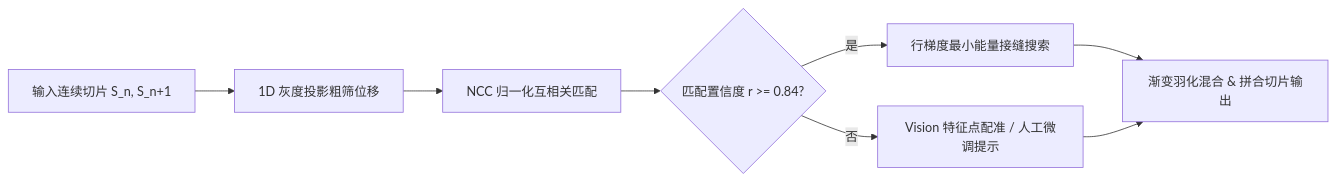
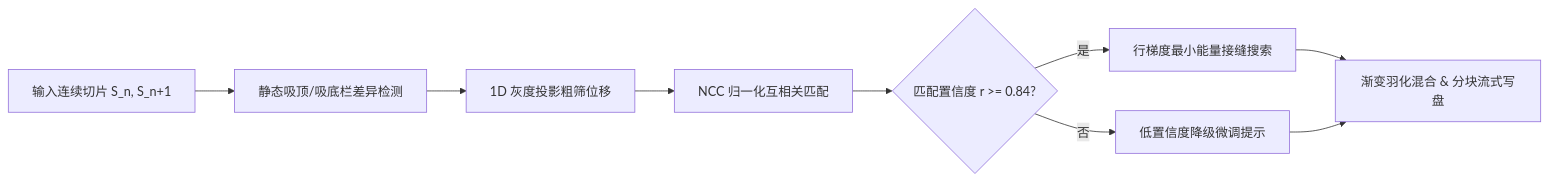
One commit to 939243423/ScrollSnap changed the diagram in docs/STITCHING_ENGINE_SPEC.md. Above: the diagram before and after it, drawn with Mermaid. The commit also changed other lines of this file and 10 other files, not shown here.

````diff
--- a/docs/STITCHING_ENGINE_SPEC.md
+++ b/docs/STITCHING_ENGINE_SPEC.md
@@ -11,10 +11,11 @@
 ```mermaid
 flowchart LR
-    A[输入连续切片 S_n, S_n+1] --> B[1D 灰度投影粗筛位移]
-    B --> C[NCC 归一化互相关匹配]
-    C --> D{匹配置信度 r >= 0.84?}
-    D -- 是 --> E[行梯度最小能量接缝搜索]
-    D -- 否 --> F[Vision 特征点配准 / 人工微调提示]
-    E --> G[渐变羽化混合 & 拼合切片输出]
-    F --> G
+    A[输入连续切片 S_n, S_n+1] --> B[静态吸顶/吸底栏差异检测]
+    B --> C[1D 灰度投影粗筛位移]
+    C --> D[NCC 归一化互相关匹配]
+    D --> E{匹配置信度 r >= 0.84?}
+    E -- 是 --> F[行梯度最小能量接缝搜索]
+    E -- 否 --> G[低置信度降级微调提示]
+    F --> H[渐变羽化混合 & 分块流式写盘]
+    G --> H
 ```
````
